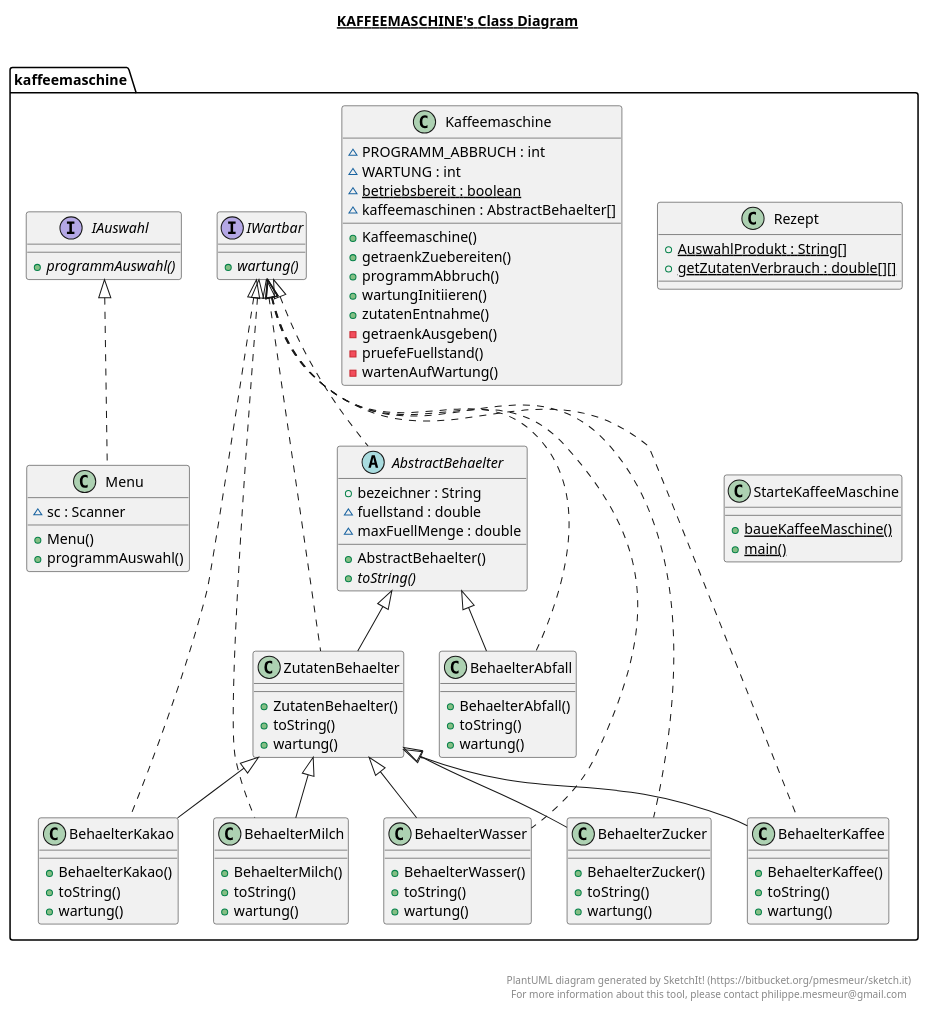
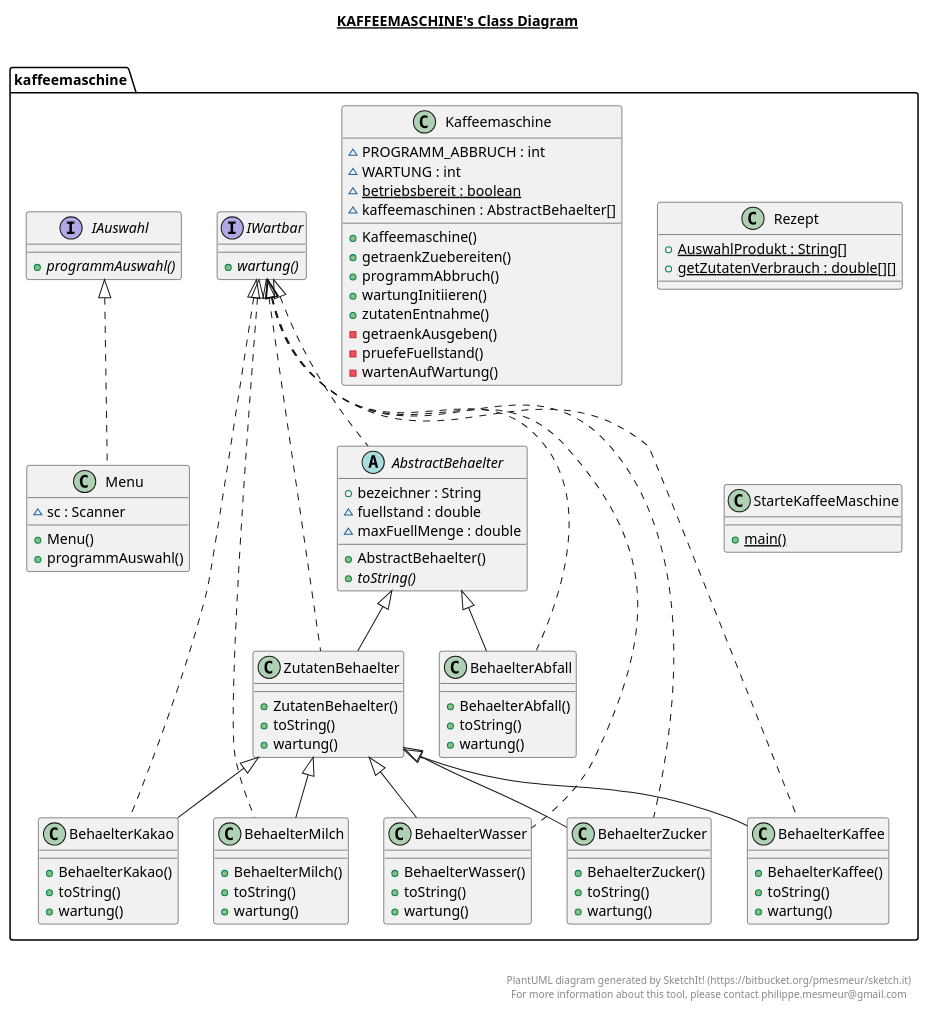
Before and after one commit to luzumi/KaffeeMaschine: the diagram in src/kaffeemaschine/Kaffeemaschine.plantuml, drawn with PlantUML. The commit also changed 2 other files, not shown here.

```diff
--- a/src/kaffeemaschine/Kaffeemaschine.plantuml
+++ b/src/kaffeemaschine/Kaffeemaschine.plantuml
@@ -1,161 +1,160 @@
 @startuml
 
 title __KAFFEEMASCHINE's Class Diagram__\n
 
   namespace kaffeemaschine {
     abstract class kaffeemaschine.AbstractBehaelter {
         + bezeichner : String
         ~ fuellstand : double
         ~ maxFuellMenge : double
         + AbstractBehaelter()
         {abstract} + toString()
     }
   }
   
 
   namespace kaffeemaschine {
     class kaffeemaschine.BehaelterAbfall {
         + BehaelterAbfall()
         + toString()
         + wartung()
     }
   }
   
 
   namespace kaffeemaschine {
     class kaffeemaschine.BehaelterKaffee {
         + BehaelterKaffee()
         + toString()
         + wartung()
     }
   }
   
 
   namespace kaffeemaschine {
     class kaffeemaschine.BehaelterKakao {
         + BehaelterKakao()
         + toString()
         + wartung()
     }
   }
   
 
   namespace kaffeemaschine {
     class kaffeemaschine.BehaelterMilch {
         + BehaelterMilch()
         + toString()
         + wartung()
     }
   }
   
 
   namespace kaffeemaschine {
     class kaffeemaschine.BehaelterWasser {
         + BehaelterWasser()
         + toString()
         + wartung()
     }
   }
   
 
   namespace kaffeemaschine {
     class kaffeemaschine.BehaelterZucker {
         + BehaelterZucker()
         + toString()
         + wartung()
     }
   }
   
 
   namespace kaffeemaschine {
     interface kaffeemaschine.IAuswahl {
         {abstract} + programmAuswahl()
     }
   }
   
 
   namespace kaffeemaschine {
     interface kaffeemaschine.IWartbar {
         {abstract} + wartung()
     }
   }
   
 
   namespace kaffeemaschine {
     class kaffeemaschine.Kaffeemaschine {
         ~ PROGRAMM_ABBRUCH : int
         ~ WARTUNG : int
         {static} ~ betriebsbereit : boolean
         ~ kaffeemaschinen : AbstractBehaelter[]
         + Kaffeemaschine()
         + getraenkZuebereiten()
         + programmAbbruch()
         + wartungInitiieren()
         + zutatenEntnahme()
         - getraenkAusgeben()
         - pruefeFuellstand()
         - wartenAufWartung()
     }
   }
   
 
   namespace kaffeemaschine {
     class kaffeemaschine.Menu {
         ~ sc : Scanner
         + Menu()
         + programmAuswahl()
     }
   }
   
 
   namespace kaffeemaschine {
     class kaffeemaschine.Rezept {
         {static} + AuswahlProdukt : String[]
         {static} + getZutatenVerbrauch : double[][]
     }
   }
   
 
   namespace kaffeemaschine {
     class kaffeemaschine.StarteKaffeeMaschine {
-        {static} + baueKaffeeMaschine()
         {static} + main()
     }
   }
   
 
   namespace kaffeemaschine {
     class kaffeemaschine.ZutatenBehaelter {
         + ZutatenBehaelter()
         + toString()
         + wartung()
     }
   }
   
 
   kaffeemaschine.AbstractBehaelter .up.|> kaffeemaschine.IWartbar
   kaffeemaschine.BehaelterAbfall .up.|> kaffeemaschine.IWartbar
   kaffeemaschine.BehaelterAbfall -up-|> kaffeemaschine.AbstractBehaelter
   kaffeemaschine.BehaelterKaffee .up.|> kaffeemaschine.IWartbar
   kaffeemaschine.BehaelterKaffee -up-|> kaffeemaschine.ZutatenBehaelter
   kaffeemaschine.BehaelterKakao .up.|> kaffeemaschine.IWartbar
   kaffeemaschine.BehaelterKakao -up-|> kaffeemaschine.ZutatenBehaelter
   kaffeemaschine.BehaelterMilch .up.|> kaffeemaschine.IWartbar
   kaffeemaschine.BehaelterMilch -up-|> kaffeemaschine.ZutatenBehaelter
   kaffeemaschine.BehaelterWasser .up.|> kaffeemaschine.IWartbar
   kaffeemaschine.BehaelterWasser -up-|> kaffeemaschine.ZutatenBehaelter
   kaffeemaschine.BehaelterZucker .up.|> kaffeemaschine.IWartbar
   kaffeemaschine.BehaelterZucker -up-|> kaffeemaschine.ZutatenBehaelter
   kaffeemaschine.Menu .up.|> kaffeemaschine.IAuswahl
   kaffeemaschine.ZutatenBehaelter .up.|> kaffeemaschine.IWartbar
   kaffeemaschine.ZutatenBehaelter -up-|> kaffeemaschine.AbstractBehaelter
 
 
 right footer
 
 
 PlantUML diagram generated by SketchIt! (https://bitbucket.org/pmesmeur/sketch.it)
 For more information about this tool, please contact philippe.mesmeur@gmail.com
 endfooter
 
 @enduml
```
